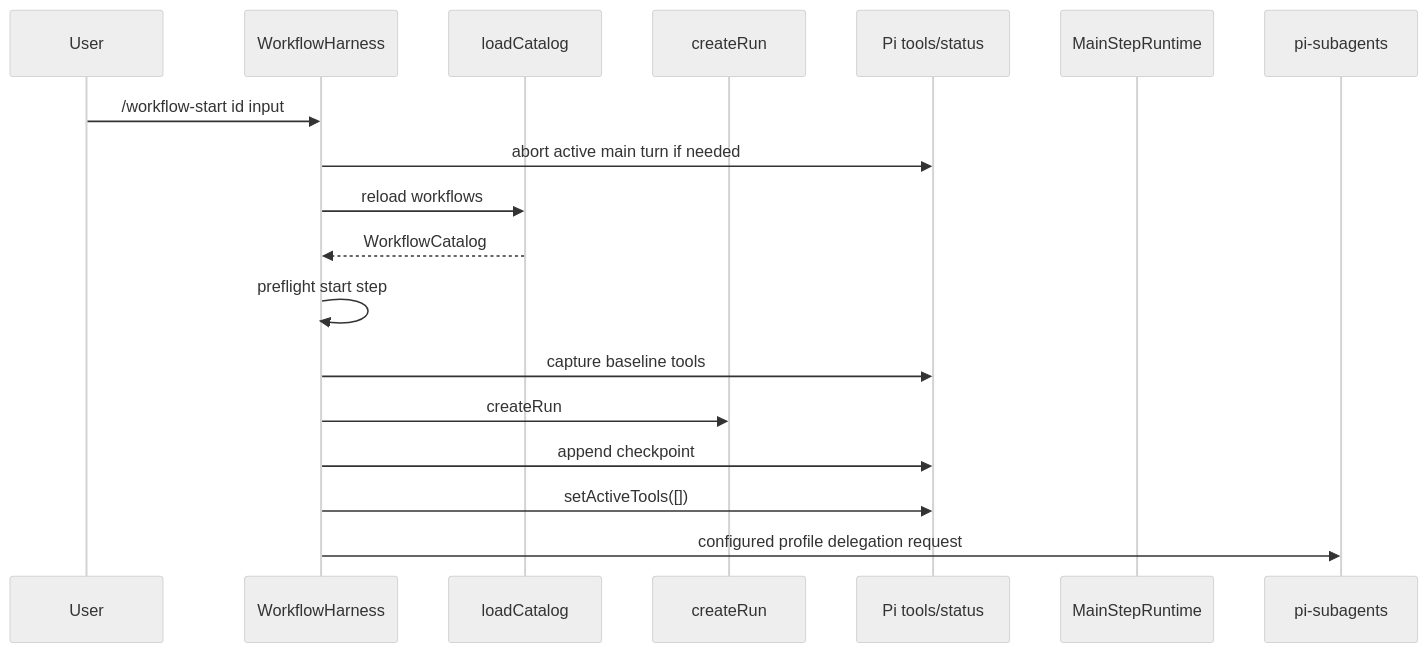
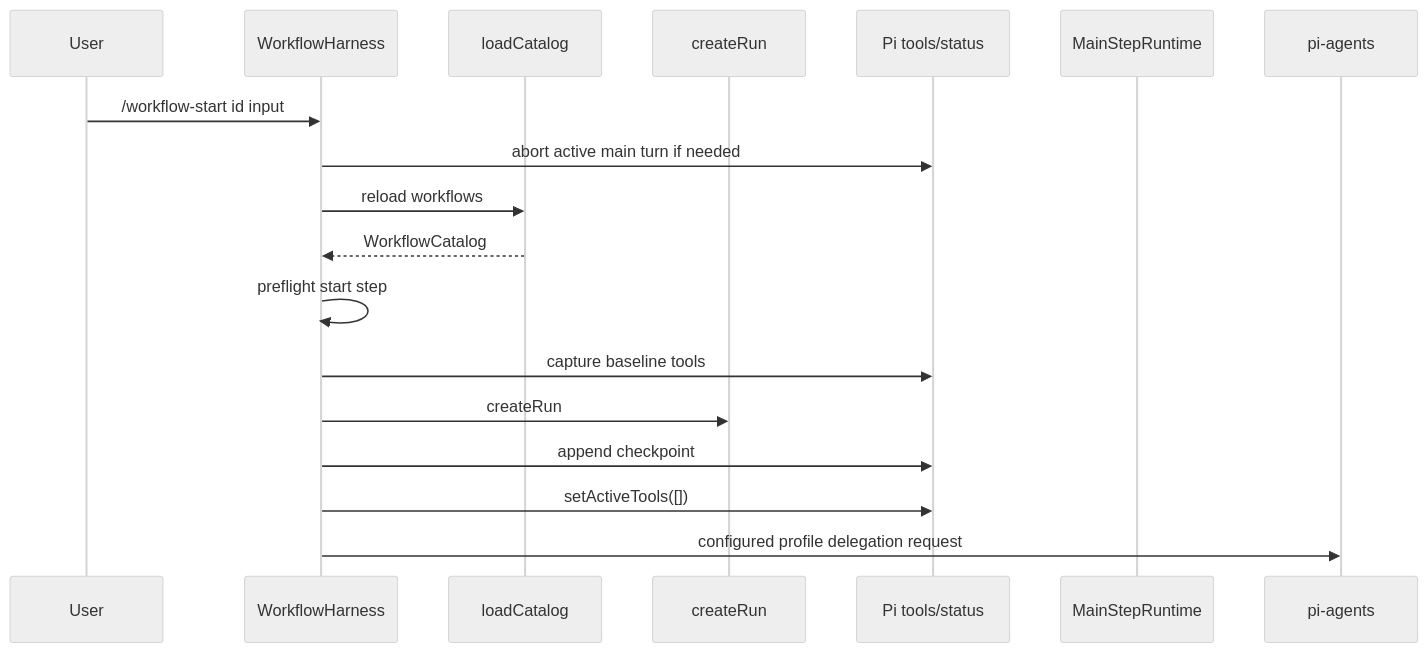
The second of 8 diagrams in openwiki/architecture/runtime-lifecycle.md (wichayutdew/pi-workflows), drawn with Mermaid (neutral theme) before and after one commit. The commit also changed other lines of this file and 66 other files, not shown here.

````diff
--- a/openwiki/architecture/runtime-lifecycle.md
+++ b/openwiki/architecture/runtime-lifecycle.md
@@ -37,21 +37,21 @@
 ```mermaid
 sequenceDiagram
   participant User
   participant Harness as WorkflowHarness
   participant Config as loadCatalog
   participant Engine as createRun
   participant Pi as Pi tools/status
   participant Main as MainStepRuntime
-  participant Sub as pi-subagents
+  participant Sub as pi-agents
 
   User->>Harness: /workflow-start id input
   Harness->>Pi: abort active main turn if needed
   Harness->>Config: reload workflows
   Config-->>Harness: WorkflowCatalog
   Harness->>Harness: preflight start step
   Harness->>Pi: capture baseline tools
   Harness->>Engine: createRun
   Harness->>Pi: append checkpoint
   Harness->>Pi: setActiveTools([])
   Harness->>Sub: configured profile delegation request
 ```
````
